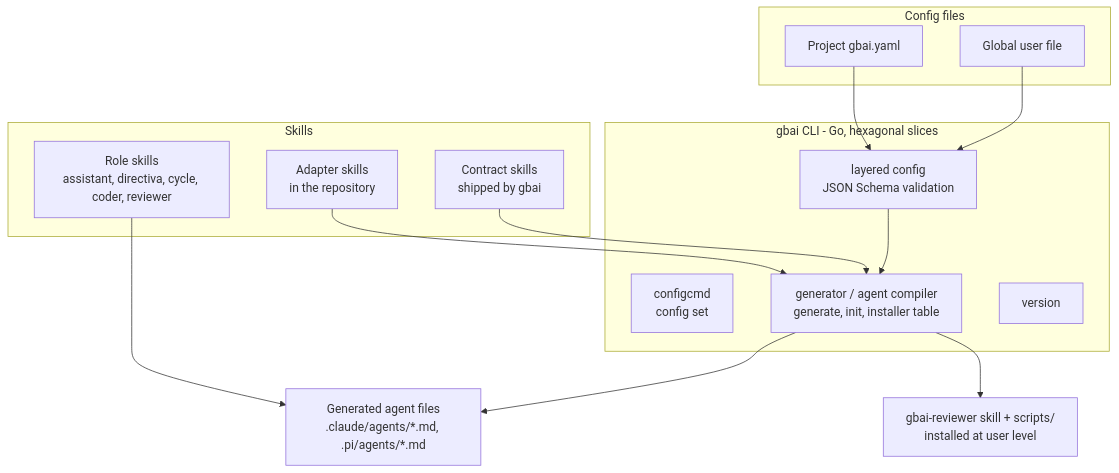
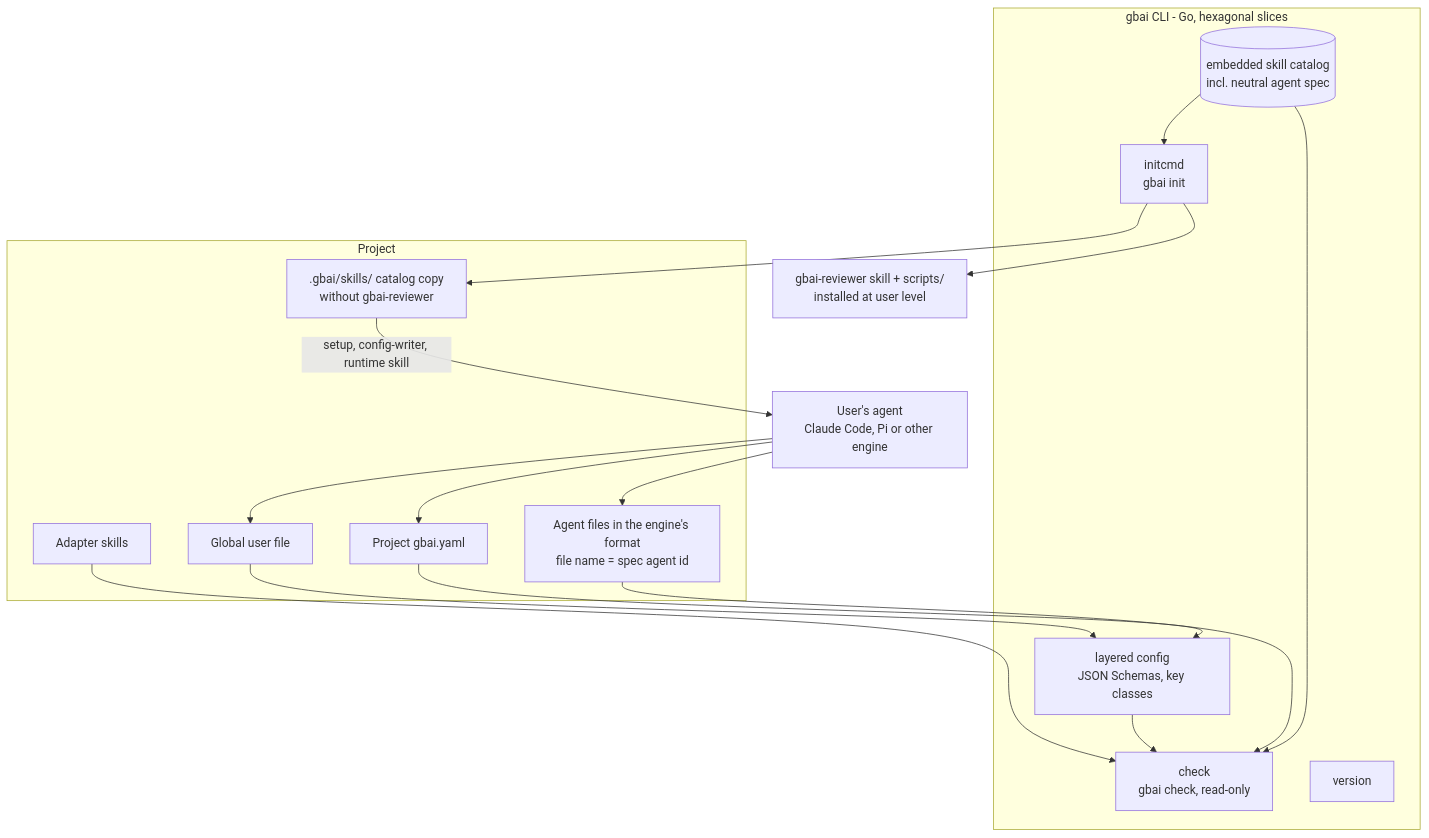
Before and after one commit to testeos-z/gabo-ai: the second of 5 diagrams in docs/product/TRD.md, drawn with Mermaid. The commit also changed other lines of this file and 1 other file, not shown here.

````diff
--- a/docs/product/TRD.md
+++ b/docs/product/TRD.md
@@ -113,29 +119,33 @@
 ```mermaid
 flowchart TB
   subgraph cli[gbai CLI - Go, hexagonal slices]
-    config[layered config<br/>JSON Schema validation]
-    configcmd[configcmd<br/>config set]
-    generator[generator / agent compiler<br/>generate, init, installer table]
+    config[layered config<br/>JSON Schemas, key classes]
+    initcmd[initcmd<br/>gbai init]
+    check[check<br/>gbai check, read-only]
     version[version]
+    catalog[(embedded skill catalog<br/>incl. neutral agent spec)]
   end
   scripts[gbai-reviewer skill + scripts/<br/>installed at user level]
-  subgraph skills[Skills]
-    contracts[Contract skills<br/>shipped by gbai]
-    adapters[Adapter skills<br/>in the repository]
-    roles[Role skills<br/>assistant, directiva, cycle, coder, reviewer]
-  end
-  subgraph files[Config files]
+  subgraph proj[Project]
+    copy[.gbai/skills/ catalog copy<br/>without gbai-reviewer]
+    adapters[Adapter skills]
     global[Global user file]
     project[Project gbai.yaml]
+    agents[Agent files in the engine's format<br/>file name = spec agent id]
   end
-  agents[Generated agent files<br/>.claude/agents/*.md, .pi/agents/*.md]
+  ragent[User's agent<br/>Claude Code, Pi or other engine]
 
+  catalog --> initcmd
+  initcmd --> copy
+  initcmd --> scripts
+  copy -->|setup, config-writer, runtime skill| ragent
+  ragent --> global
+  ragent --> project
+  ragent --> agents
+  config --> check
+  catalog --> check
   global --> config
   project --> config
-  config --> generator
-  contracts --> generator
-  adapters --> generator
-  generator --> agents
-  generator --> scripts
-  roles --> agents
+  agents --> check
+  adapters --> check
 ```
````
